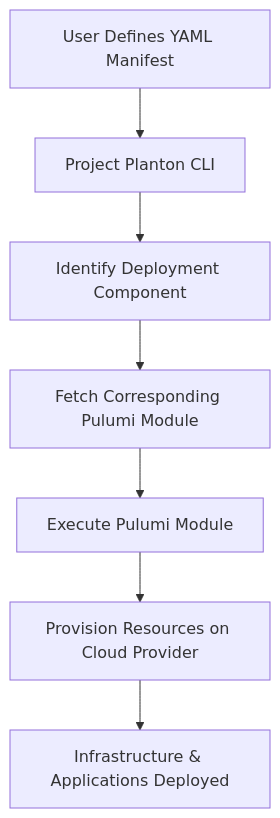
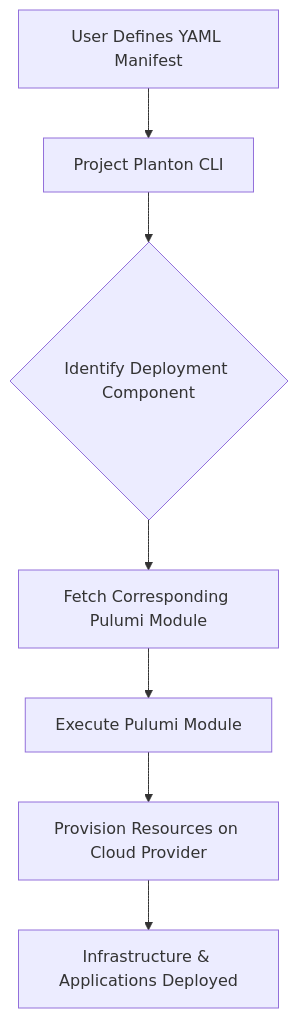
Before and after one commit to project-planton/project-planton: the diagram in README.md, drawn with Mermaid. The commit also changed other lines of this file, not shown here.

````diff
--- a/README.md
+++ b/README.md
@@ -31,9 +31,9 @@
 ```mermaid
 flowchart TD
     A[User Defines YAML Manifest] --> B[Project Planton CLI]
-    B --> C[Identify Deployment Component]
+    B --> C{Identify Deployment Component}
     C --> D[Fetch Corresponding Pulumi Module]
     D --> E[Execute Pulumi Module]
     E --> F[Provision Resources on Cloud Provider]
     F --> G[Infrastructure & Applications Deployed]
 ```
````
